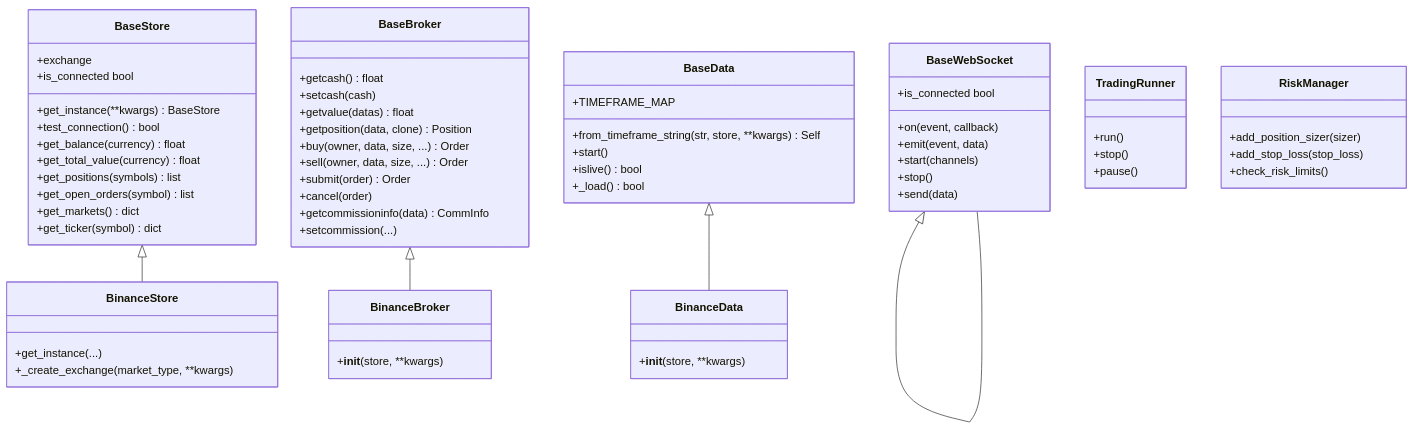
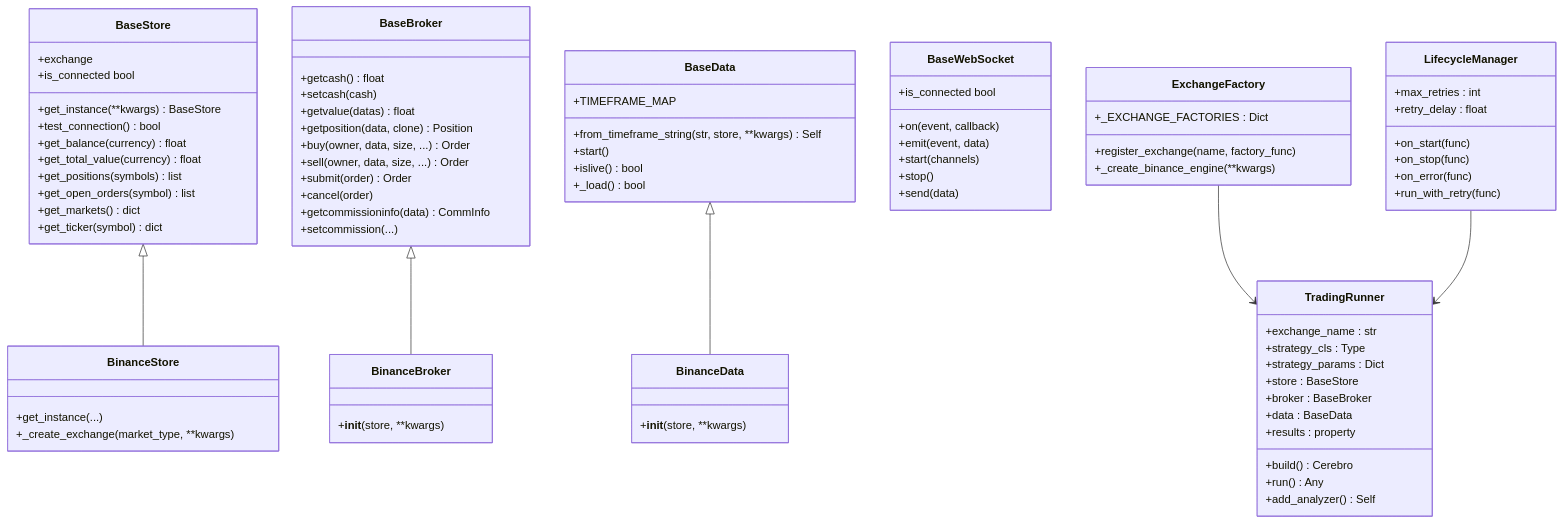
Before and after one commit to bench-prog/backtrader: the second of 9 diagrams in .qoder/repowiki/zh/content/实盘交易模块/架构设计概览.md, drawn with Mermaid. The commit also changed other lines of this file and 40 other files, not shown here.

````diff
--- a/.qoder/repowiki/zh/content/实盘交易模块/架构设计概览.md
+++ b/.qoder/repowiki/zh/content/实盘交易模块/架构设计概览.md
@@ -123,66 +118,82 @@
 ```mermaid
 classDiagram
 class BaseStore {
 +get_instance(**kwargs) BaseStore
 +test_connection() bool
 +get_balance(currency) float
 +get_total_value(currency) float
 +get_positions(symbols) list
 +get_open_orders(symbol) list
 +get_markets() dict
 +get_ticker(symbol) dict
 +exchange
 +is_connected bool
 }
 class BaseBroker {
 +getcash() float
 +setcash(cash)
 +getvalue(datas) float
 +getposition(data, clone) Position
 +buy(owner, data, size, ...) Order
 +sell(owner, data, size, ...) Order
 +submit(order) Order
 +cancel(order)
 +getcommissioninfo(data) CommInfo
 +setcommission(...)
 }
 class BaseData {
 +from_timeframe_string(str, store, **kwargs) Self
 +start()
 +islive() bool
 +_load() bool
 +TIMEFRAME_MAP
 }
 class BaseWebSocket {
 +on(event, callback)
 +emit(event, data)
 +start(channels)
 +stop()
 +send(data)
 +is_connected bool
 }
 class BinanceStore {
 +get_instance(...)
 +_create_exchange(market_type, **kwargs)
 }
 class BinanceBroker {
 +__init__(store, **kwargs)
 }
 class BinanceData {
 +__init__(store, **kwargs)
 }
 class TradingRunner {
-+run()
-+stop()
-+pause()
++exchange_name : str
++strategy_cls : Type
++strategy_params : Dict
++store : BaseStore
++broker : BaseBroker
++data : BaseData
++build() Cerebro
++run() Any
++add_analyzer() Self
++results : property
 }
-class RiskManager {
-+add_position_sizer(sizer)
-+add_stop_loss(stop_loss)
-+check_risk_limits()
+class ExchangeFactory {
++_EXCHANGE_FACTORIES : Dict
++register_exchange(name, factory_func)
++_create_binance_engine(**kwargs)
+}
+class LifecycleManager {
++max_retries : int
++retry_delay : float
++on_start(func)
++on_stop(func)
++on_error(func)
++run_with_retry(func)
 }
 BaseStore <|-- BinanceStore
 BaseBroker <|-- BinanceBroker
 BaseData <|-- BinanceData
-BaseWebSocket <|-- BaseWebSocket
+ExchangeFactory --> TradingRunner
+LifecycleManager --> TradingRunner
 ```
````
